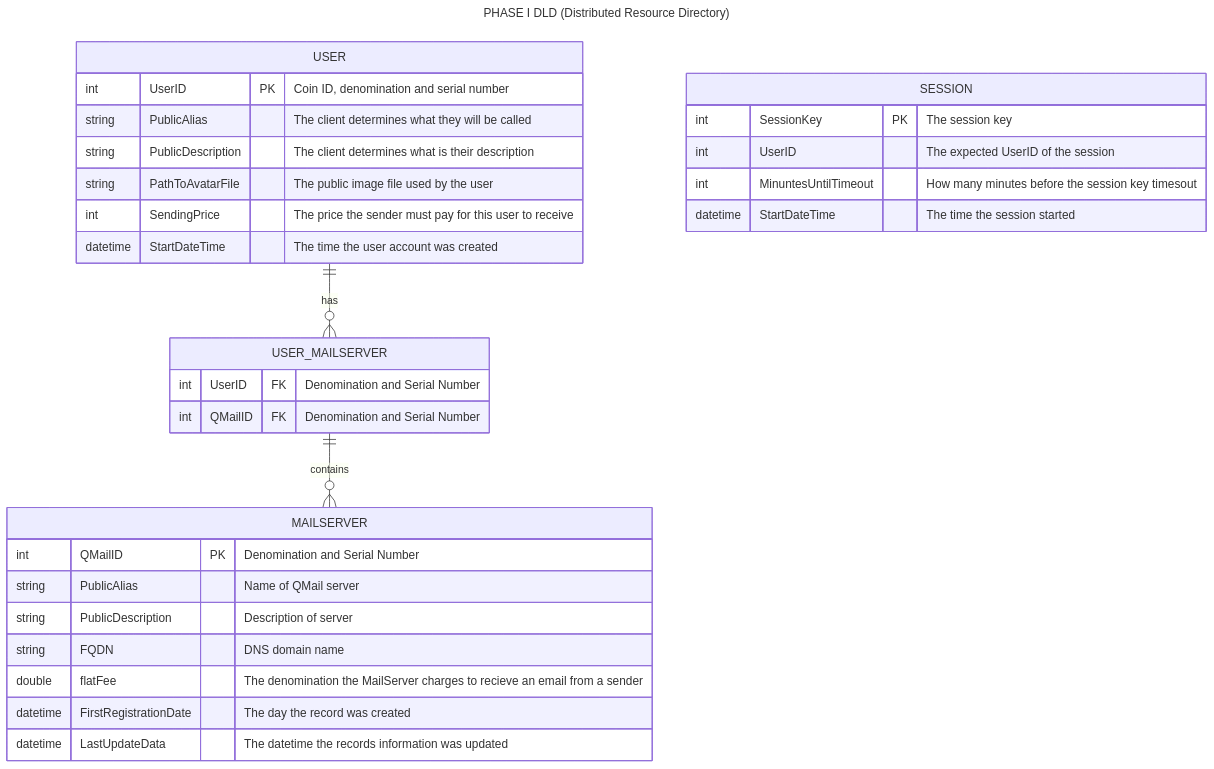
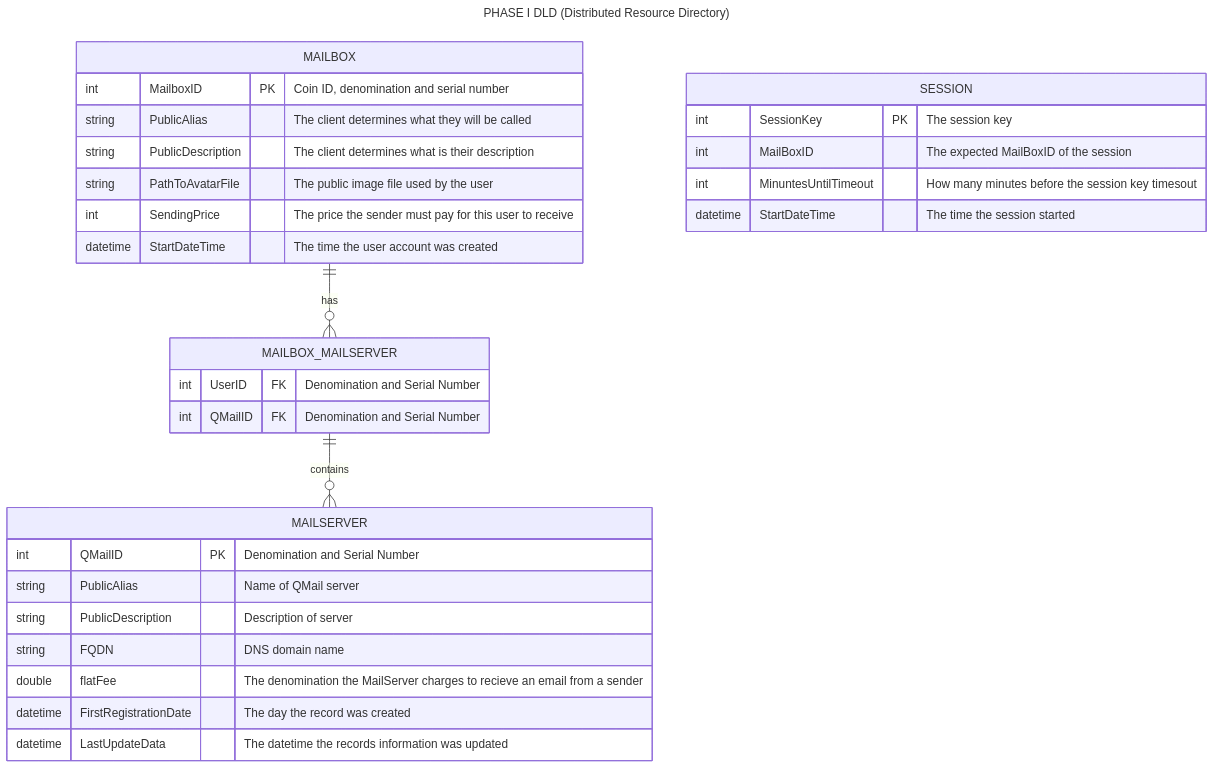
One commit to worthingtonse/client-prompts changed the diagram in Ideas In Progress/QMAIL/DRD/phase-I-drd.md. Above: the diagram before and after it, drawn with Mermaid. The commit also changed other lines of this file, not shown here.

````diff
--- a/Ideas In Progress/QMAIL/DRD/phase-I-drd.md
+++ b/Ideas In Progress/QMAIL/DRD/phase-I-drd.md
@@ -30,41 +30,41 @@
 ```mermaid
 ---
 title: PHASE I DLD (Distributed Resource Directory)
 ---
 erDiagram
 
-    USER {
-        int UserID PK "Coin ID, denomination and serial number"
+    MAILBOX {
+        int MailboxID PK "Coin ID, denomination and serial number"
         string PublicAlias "The client determines what they will be called"
         string PublicDescription "The client determines what is their description"
         string PathToAvatarFile "The public image file used by the user"
         int SendingPrice "The price the sender must pay for this user to receive"
         datetime StartDateTime "The time the user account was created"
     }
 
     SESSION {
         int SessionKey PK "The session key"
-        int UserID "The expected UserID of the session"
+        int MailBoxID "The expected MailBoxID of the session"
         int MinuntesUntilTimeout "How many minutes before the session key timesout"
         datetime StartDateTime "The time the session started"
     }
 
-    USER_MAILSERVER {
+    MAILBOX_MAILSERVER {
         int UserID FK "Denomination and Serial Number"
         int QMailID FK "Denomination and Serial Number"
     }
 
     MAILSERVER {
         int QMailID PK "Denomination and Serial Number"
         string PublicAlias "Name of QMail server"
         string PublicDescription "Description of server"
         string FQDN "DNS domain name"
         double flatFee "The denomination the MailServer charges to recieve an email from a sender"
         datetime FirstRegistrationDate "The day the record was created"
         datetime LastUpdateData "The datetime the records information was updated"
     }
 
-    USER ||--o{ USER_MAILSERVER : "has"
-    USER_MAILSERVER ||--o{ MAILSERVER : "contains"
+    MAILBOX ||--o{ MAILBOX_MAILSERVER : "has"
+    MAILBOX_MAILSERVER ||--o{ MAILSERVER : "contains"
 
 ```
````
